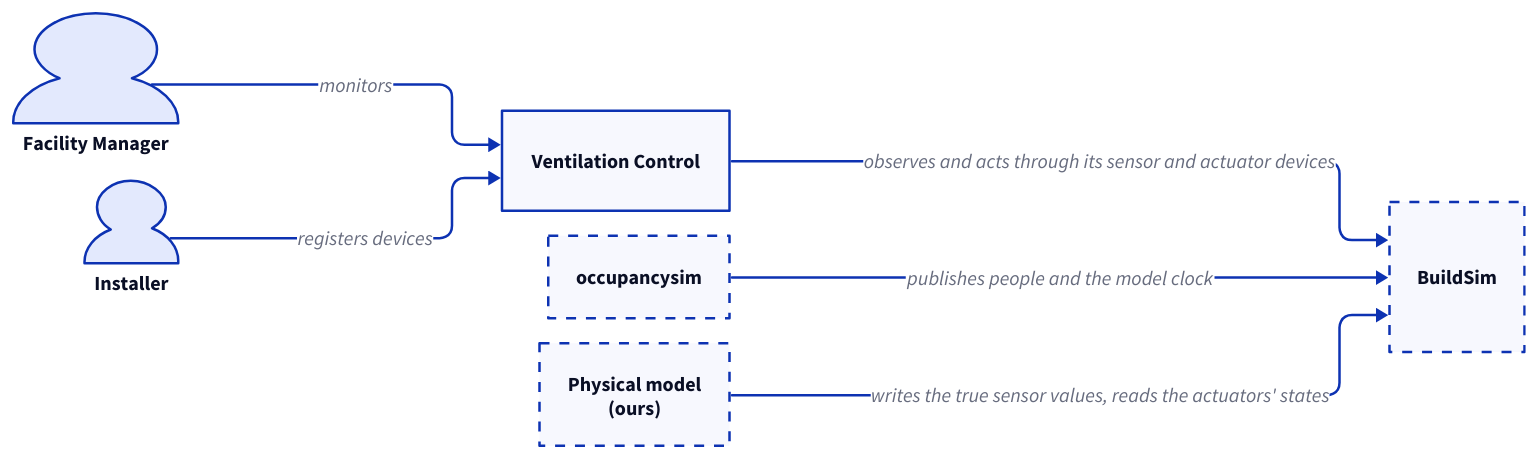
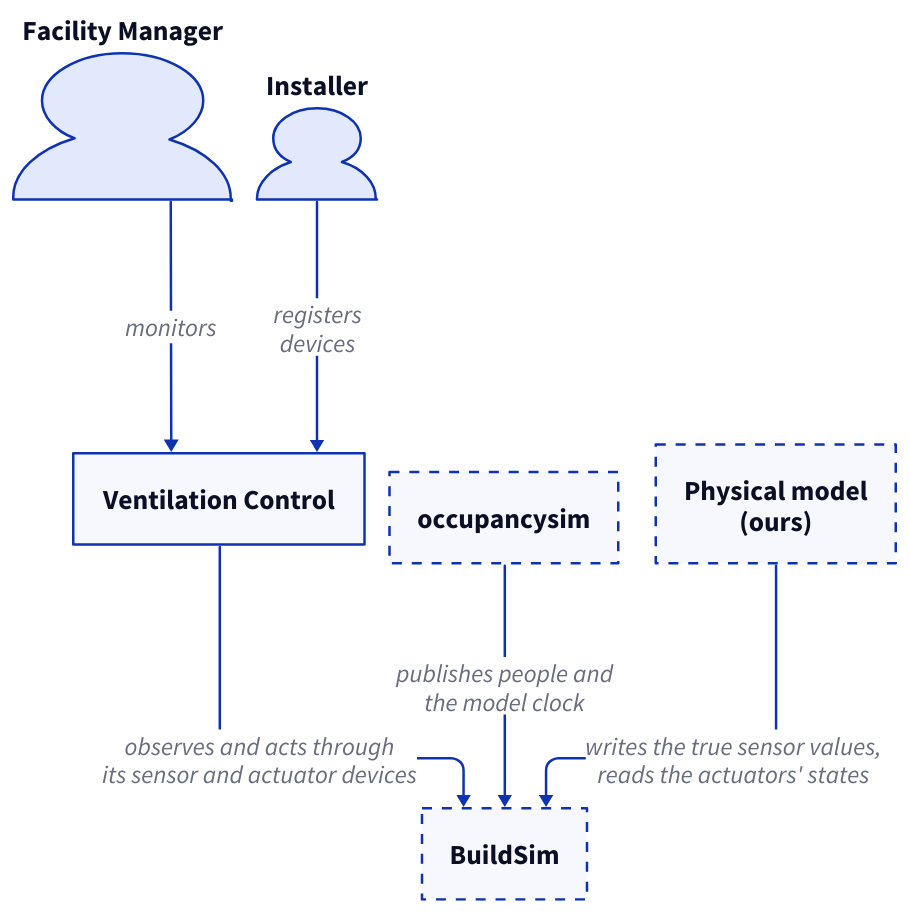
One commit to MisterD0ctor/d7065e-project changed the diagram in docs/diagrams/context.d2. Above: the diagram before and after it, drawn with D2. The commit also changed 24 other files, not shown here.

First line of the commit message:
Report: diagrams readable in print; the 3D view in section 12

```diff
--- a/docs/diagrams/context.d2
+++ b/docs/diagrams/context.d2
@@ -1,30 +1,36 @@
+# C4 Level 1: system context.
 vars: {
   d2-config: {
     layout-engine: elk
   }
 }
 
-direction: right
+direction: down
+
+*.style.font-size: 22
+(* -> *)[*].style.font-size: 20
 
 manager: Facility Manager {
   shape: person
+  label.near: outside-top-center
 }
 installer: Installer {
   shape: person
+  label.near: outside-top-center
 }
 control: Ventilation Control
 buildsim: BuildSim {
   style.stroke-dash: 4
 }
 occupancysim: occupancysim {
   style.stroke-dash: 4
 }
 physics: "Physical model\n(ours)" {
   style.stroke-dash: 4
 }
 
 manager -> control: monitors
-installer -> control: registers devices
-control -> buildsim: observes and acts through its sensor and actuator devices
-occupancysim -> buildsim: publishes people and the model clock
-physics -> buildsim: writes the true sensor values, reads the actuators' states
+installer -> control: "registers\ndevices"
+control -> buildsim: "observes and acts through\nits sensor and actuator devices"
+occupancysim -> buildsim: "publishes people and\nthe model clock"
+physics -> buildsim: "writes the true sensor values,\nreads the actuators' states"
```
